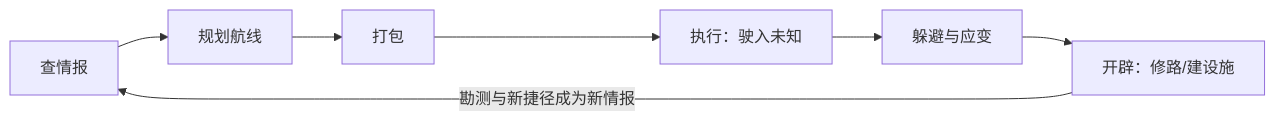
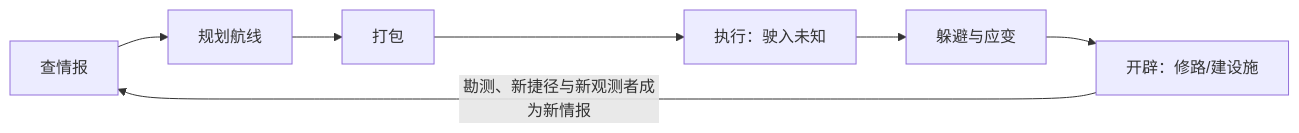
One commit to IronDumpling/fogline-driver changed the first of 4 diagrams in docs/Fogline Driver v6.1.md. Above: the diagram before and after it, drawn with Mermaid. The commit also changed other lines of this file, not shown here.

````diff
--- a/docs/Fogline Driver v6.1.md
+++ b/docs/Fogline Driver v6.1.md
@@ -24,9 +24,9 @@
 ```mermaid
 flowchart LR
     A[查情报] --> B[规划航线]
     B --> C[打包]
     C --> D[执行：驶入未知]
     D --> E[躲避与应变]
     E --> F[开辟：修路/建设施]
-    F -->|勘测与新捷径成为新情报| A
+    F -->|勘测、新捷径与新观测者成为新情报| A
 ```
````
